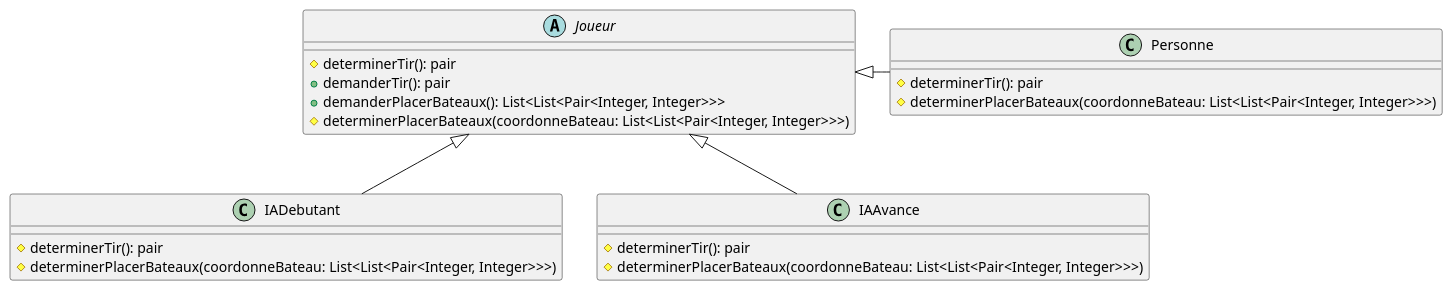
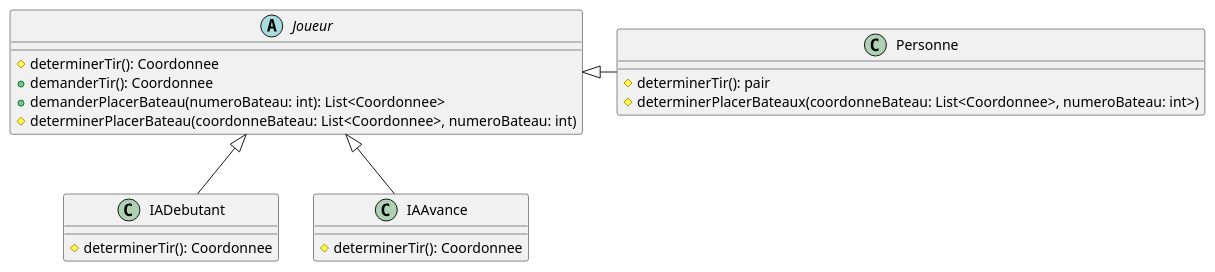
One commit to Patroklos99/5153_TP2-Battleship-AI-Pattern-Conception_Engineering2 changed the diagram in diagrammes_conception/diagrammes_patrons/classes_template_method.puml. Above: the diagram before and after it, drawn with PlantUML. The commit also changed 1 other file, not shown here.

Commit message:
Modification des diagrammes pour le patron template method

```diff
--- a/diagrammes_conception/diagrammes_patrons/classes_template_method.puml
+++ b/diagrammes_conception/diagrammes_patrons/classes_template_method.puml
@@ -1,37 +1,35 @@
 @startuml
 
 
 abstract class Joueur{
-    # determinerTir(): pair
-    + demanderTir(): pair
-    + demanderPlacerBateaux(): List<List<Pair<Integer, Integer>>>
-    # determinerPlacerBateaux(coordonneBateau: List<List<Pair<Integer, Integer>>>)
+    # determinerTir(): Coordonnee
+    + demanderTir(): Coordonnee
+    + demanderPlacerBateau(numeroBateau: int): List<Coordonnee>
+    # determinerPlacerBateau(coordonneBateau: List<Coordonnee>, numeroBateau: int)
 }
 
 
 
 
 
 class IADebutant {
-    # determinerTir(): pair
-    # determinerPlacerBateaux(coordonneBateau: List<List<Pair<Integer, Integer>>>)
+    # determinerTir(): Coordonnee
 }
 
 class IAAvance{
-    # determinerTir(): pair
-    # determinerPlacerBateaux(coordonneBateau: List<List<Pair<Integer, Integer>>>)
+    # determinerTir(): Coordonnee
 }
 
 
 class Personne {
     # determinerTir(): pair
-    # determinerPlacerBateaux(coordonneBateau: List<List<Pair<Integer, Integer>>>)
+    # determinerPlacerBateaux(coordonneBateau: List<Coordonnee>, numeroBateau: int>)
 }
 
 
 
 Joueur <|- Personne
 Joueur <|-down- IADebutant
 Joueur <|-down- IAAvance
 
 @enduml
```
